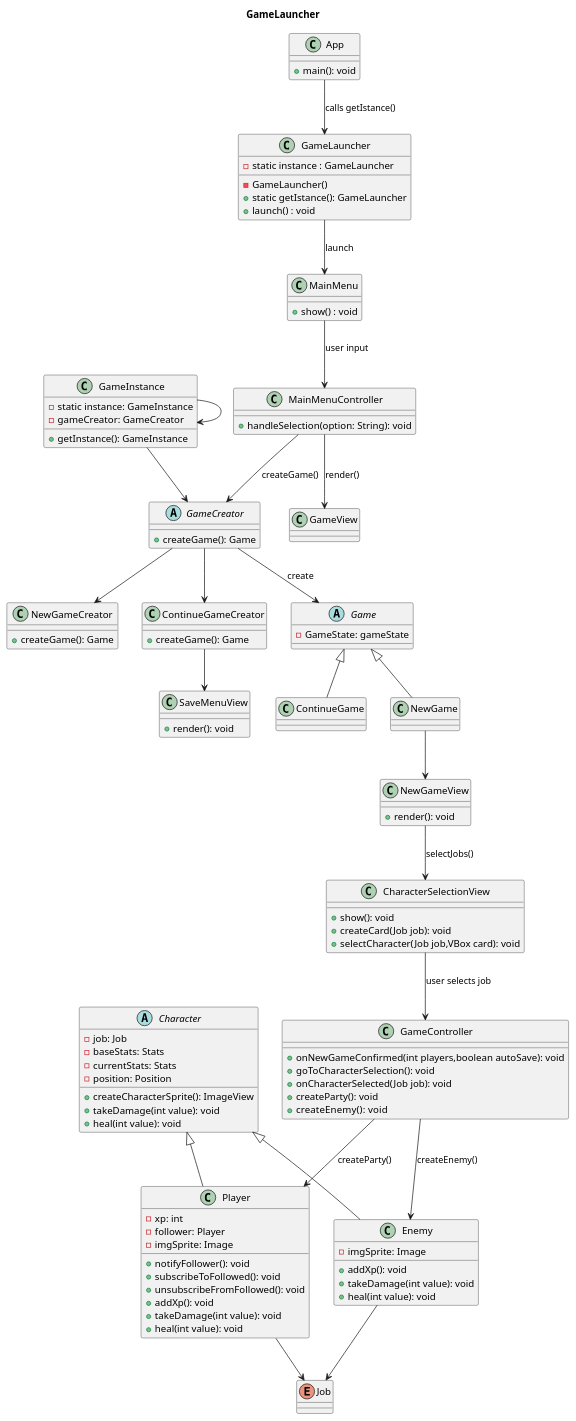
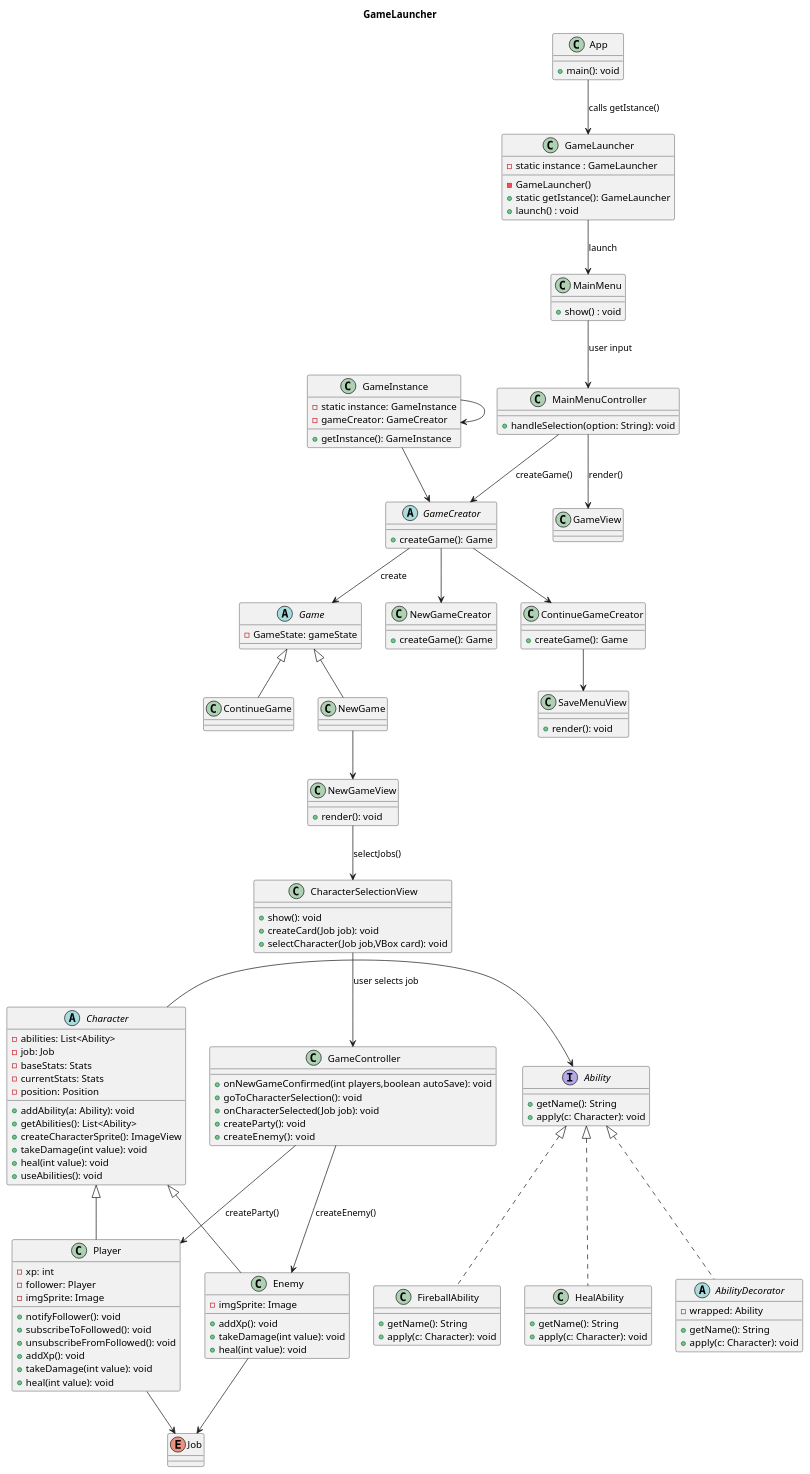
Before and after one commit to samMM-cs/iss-team2: the diagram in user_stories_pml/The_Cycle.puml, drawn with PlantUML. The commit also changed 14 other files, not shown here.

```diff
--- a/user_stories_pml/The_Cycle.puml
+++ b/user_stories_pml/The_Cycle.puml
@@ -1,129 +1,156 @@
 @startuml GameLauncher
 
 title GameLauncher
 
 class App{
     + main(): void
 }
 App-->GameLauncher: calls getIstance()
 
 class GameLauncher{
     - static instance : GameLauncher
     - GameLauncher()
     +static getIstance(): GameLauncher
     + launch() : void
 }
 
 class MainMenu{
     +show() : void
 }
 
 GameLauncher-->MainMenu: launch
 
 abstract class GameCreator{
     + createGame(): Game
 }
 
 class NewGameCreator{
     + createGame(): Game
 }
 
 class ContinueGameCreator{
     + createGame(): Game
 }
 
 GameCreator -down-> NewGameCreator
 GameCreator -down-> ContinueGameCreator
 GameCreator --> Game : create
 
 abstract class Game{
     - GameState: gameState
 }
 
 class NewGame{}
 class ContinueGame{}
 
 class NewGame {}
 class ContinueGame {}
 
 Game <|-- NewGame
 Game <|-- ContinueGame
 
 class NewGameView {
     + render(): void
 }
 class SaveMenuView {
     + render(): void
 }
 
 NewGame --> NewGameView
 ContinueGameCreator --> SaveMenuView
 
 ' ===== Singleton GameInstance =====
 class GameInstance {
     - static instance: GameInstance
     - gameCreator: GameCreator
     + getInstance(): GameInstance
 }
 
 GameInstance --> GameCreator
 GameInstance --> GameInstance
 
 class MainMenuController{
     + handleSelection(option: String): void
 }
 
 MainMenu --> MainMenuController : user input
 MainMenuController --> GameCreator : createGame()
 MainMenuController --> GameView : render()
 
-'Choose character job'
+'Choose character job, uso Abstract Factory'
 abstract class Character{
+    -abilities: List<Ability>
+    +addAbility(a: Ability): void
+    +getAbilities(): List<Ability>
     - job: Job
     -baseStats: Stats
     -currentStats: Stats
     -position: Position
     +createCharacterSprite(): ImageView
     +takeDamage(int value): void
     +heal(int value): void
+    +useAbilities(): void
 }
 
 class Player extends Character{
     - xp: int
     - follower: Player
     - imgSprite: Image
     +notifyFollower(): void
     +subscribeToFollowed(): void
     +unsubscribeFromFollowed(): void
     +addXp(): void
     +takeDamage(int value): void
     +heal(int value): void
 }
 class Enemy extends Character{
     - imgSprite: Image
     +addXp(): void
     +takeDamage(int value): void
     +heal(int value): void
 }
 
 class CharacterSelectionView{
     +show(): void
     +createCard(Job job): void
     +selectCharacter(Job job,VBox card): void
 }
 class GameController{
     +onNewGameConfirmed(int players,boolean autoSave): void
     +goToCharacterSelection(): void
     +onCharacterSelected(Job job): void
     +createParty(): void
     +createEnemy():  void
 
 }
 enum Job{}
 CharacterSelectionView-->GameController: user selects job
 NewGameView-->CharacterSelectionView: selectJobs()
 GameController-->Player:createParty()
 GameController-->Enemy:createEnemy()
 Player-->Job
 Enemy-->Job
+
+'Character Evolution, Decorator'
+interface Ability{
+    +getName(): String
+    +apply(c: Character): void
+}
+abstract class AbilityDecorator implements Ability{
+    -wrapped: Ability
+    +getName(): String
+    +apply(c: Character): void
+}
+
+class FireballAbility implements Ability{
+    +getName(): String
+    +apply(c: Character): void
+}
+
+class HealAbility implements Ability{
+    +getName(): String
+    +apply(c: Character): void
+}
+
+Character->Ability
 @enduml
```
